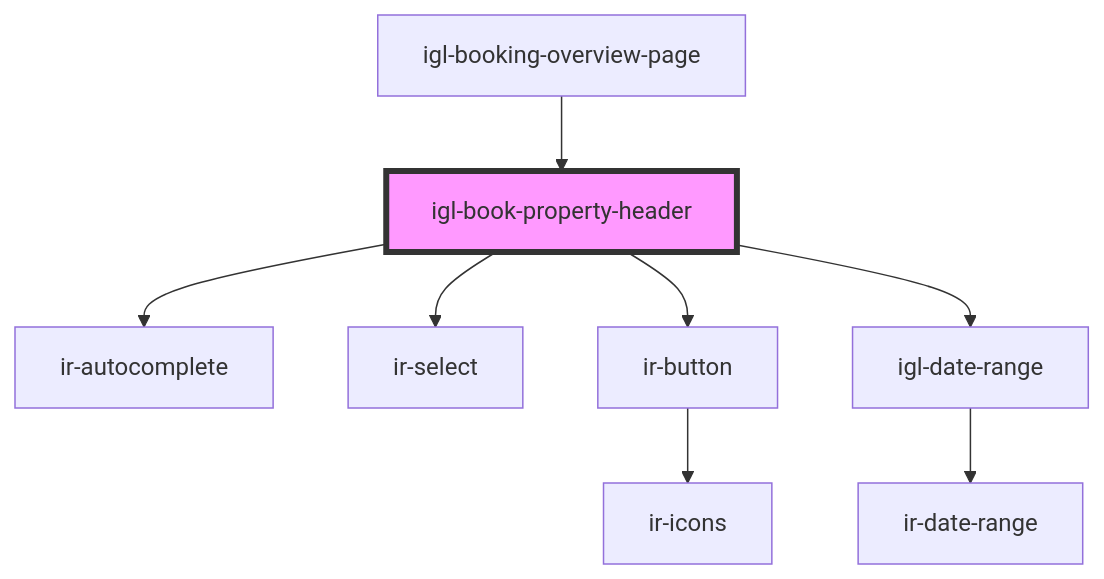
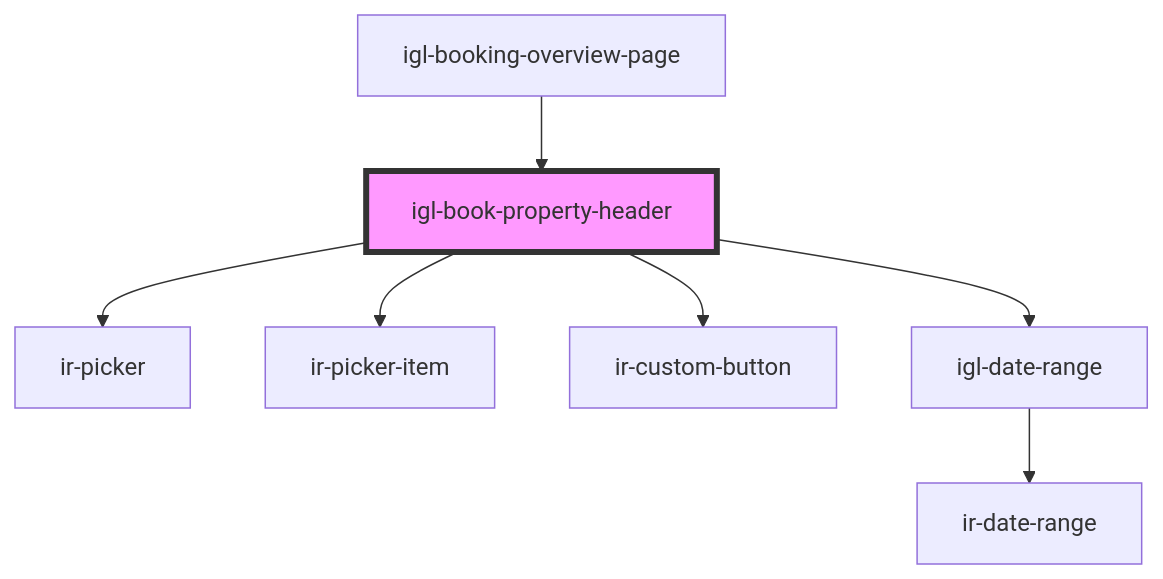
Before and after one commit to David1Chowaifaty/modified-ir-webcmp: the diagram in src/components/igloo-calendar/igl-book-property/igl-book-property-header/readme.md, drawn with Mermaid. The commit also changed other lines of this file and 28 other files, not shown here.

First line of the commit message:
Refactor igl-book-property components to enhance functionality and styling

````diff
--- a/src/components/igloo-calendar/igl-book-property/igl-book-property-header/readme.md
+++ b/src/components/igloo-calendar/igl-book-property/igl-book-property-header/readme.md
@@ -58,11 +57,10 @@
 ```mermaid
 graph TD;
-  igl-book-property-header --> ir-autocomplete
-  igl-book-property-header --> ir-select
-  igl-book-property-header --> ir-button
+  igl-book-property-header --> ir-picker
+  igl-book-property-header --> ir-picker-item
+  igl-book-property-header --> ir-custom-button
   igl-book-property-header --> igl-date-range
-  ir-button --> ir-icons
   igl-date-range --> ir-date-range
   igl-booking-overview-page --> igl-book-property-header
   style igl-book-property-header fill:#f9f,stroke:#333,stroke-width:4px
 ```
````
